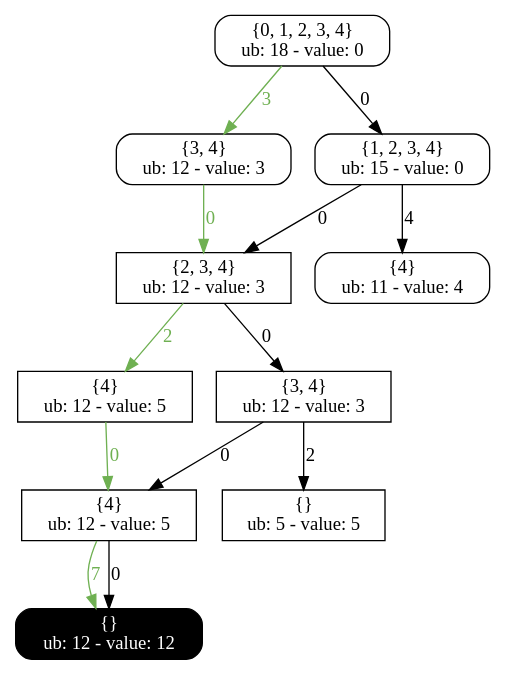
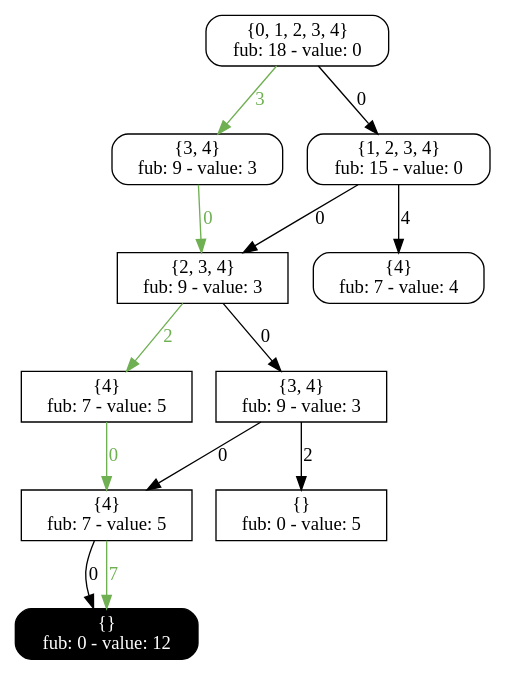
One commit to DDOLIB-CETIC-UCL/DDOLib changed the diagram in output/Misp_relaxed.dot. Above: the diagram before and after it, drawn with Graphviz. The commit also changed 5 other files, not shown here.

```diff
--- a/output/Misp_relaxed.dot
+++ b/output/Misp_relaxed.dot
@@ -1,34 +1,34 @@
 digraph relaxed{
-625576447 [label="{0, 1, 2, 3, 4}
-ub: 18 - value: 0", style=rounded, shape=rectangle, tooltip="Exact node"];
-1560911714 [label="{3, 4}
-ub: 12 - value: 3", style=rounded, shape=rectangle, tooltip="Exact node"];
-1237514926 [label="{1, 2, 3, 4}
-ub: 15 - value: 0", style=rounded, shape=rectangle, tooltip="Exact node"];
-492228202 [label="{4}
-ub: 11 - value: 4", style=rounded, shape=rectangle, tooltip="Exact node"];
-401625763 [label="{2, 3, 4}
-ub: 12 - value: 3", shape=box, tooltip="Relaxed node"];
-1751075886 [label="{4}
-ub: 12 - value: 5", shape=box, tooltip="Relaxed node"];
-777874839 [label="{3, 4}
-ub: 12 - value: 3", shape=box, tooltip="Relaxed node"];
-824318946 [label="{4}
-ub: 12 - value: 5", shape=box, tooltip="Relaxed node"];
-565760380 [label="{}
-ub: 5 - value: 5", shape=box, tooltip="Relaxed node"];
-1494279232 [label="{}
-ub: 12 - value: 12", shape=box, tooltip="Relaxed node", style="filled, rounded", shape=rectangle, color=black, fontcolor=white, tooltip="Terminal node"];
-777874839 -> 824318946 [label=0, tooltip="Decision: assign 0 to var 3"];
-401625763 -> 1751075886 [label=2, tooltip="Decision: assign 1 to var 2", color="#6fb052", fontcolor="#6fb052"];
-625576447 -> 1237514926 [label=0, tooltip="Decision: assign 0 to var 0"];
-777874839 -> 565760380 [label=2, tooltip="Decision: assign 1 to var 3"];
-1237514926 -> 401625763 [label=0, tooltip="Decision: assign 0 to var 1"];
-1751075886 -> 824318946 [label=0, tooltip="Decision: assign 0 to var 3", color="#6fb052", fontcolor="#6fb052"];
-824318946 -> 1494279232 [label=7, tooltip="Decision: assign 1 to var 4", color="#6fb052", fontcolor="#6fb052"];
-1237514926 -> 492228202 [label=4, tooltip="Decision: assign 1 to var 1"];
-1560911714 -> 401625763 [label=0, tooltip="Decision: assign 0 to var 1", color="#6fb052", fontcolor="#6fb052"];
-824318946 -> 1494279232 [label=0, tooltip="Decision: assign 0 to var 4"];
-625576447 -> 1560911714 [label=3, tooltip="Decision: assign 1 to var 0", color="#6fb052", fontcolor="#6fb052"];
-401625763 -> 777874839 [label=0, tooltip="Decision: assign 0 to var 2"];
+11 [label="{0, 1, 2, 3, 4}
+fub: 18 - value: 0", style=rounded, shape=rectangle, tooltip="Exact node"];
+13 [label="{3, 4}
+fub: 9 - value: 3", style=rounded, shape=rectangle, tooltip="Exact node"];
+12 [label="{1, 2, 3, 4}
+fub: 15 - value: 0", style=rounded, shape=rectangle, tooltip="Exact node"];
+16 [label="{4}
+fub: 7 - value: 4", style=rounded, shape=rectangle, tooltip="Exact node"];
+17 [label="{2, 3, 4}
+fub: 9 - value: 3", shape=box, tooltip="Relaxed node"];
+19 [label="{4}
+fub: 7 - value: 5", shape=box, tooltip="Relaxed node"];
+18 [label="{3, 4}
+fub: 9 - value: 3", shape=box, tooltip="Relaxed node"];
+20 [label="{4}
+fub: 7 - value: 5", shape=box, tooltip="Relaxed node"];
+21 [label="{}
+fub: 0 - value: 5", shape=box, tooltip="Relaxed node"];
+22 [label="{}
+fub: 0 - value: 12", shape=box, tooltip="Relaxed node", style="filled, rounded", shape=rectangle, color=black, fontcolor=white, tooltip="Terminal node"];
+11 -> 13 [label=3, tooltip="Decision: assign 1 to var 0", color="#6fb052", fontcolor="#6fb052"];
+18 -> 21 [label=2, tooltip="Decision: assign 1 to var 3"];
+17 -> 19 [label=2, tooltip="Decision: assign 1 to var 2", color="#6fb052", fontcolor="#6fb052"];
+19 -> 20 [label=0, tooltip="Decision: assign 0 to var 3", color="#6fb052", fontcolor="#6fb052"];
+11 -> 12 [label=0, tooltip="Decision: assign 0 to var 0"];
+17 -> 18 [label=0, tooltip="Decision: assign 0 to var 2"];
+12 -> 17 [label=0, tooltip="Decision: assign 0 to var 1"];
+18 -> 20 [label=0, tooltip="Decision: assign 0 to var 3"];
+13 -> 17 [label=0, tooltip="Decision: assign 0 to var 1", color="#6fb052", fontcolor="#6fb052"];
+20 -> 22 [label=0, tooltip="Decision: assign 0 to var 4"];
+12 -> 16 [label=4, tooltip="Decision: assign 1 to var 1"];
+20 -> 22 [label=7, tooltip="Decision: assign 1 to var 4", color="#6fb052", fontcolor="#6fb052"];
 }
```
